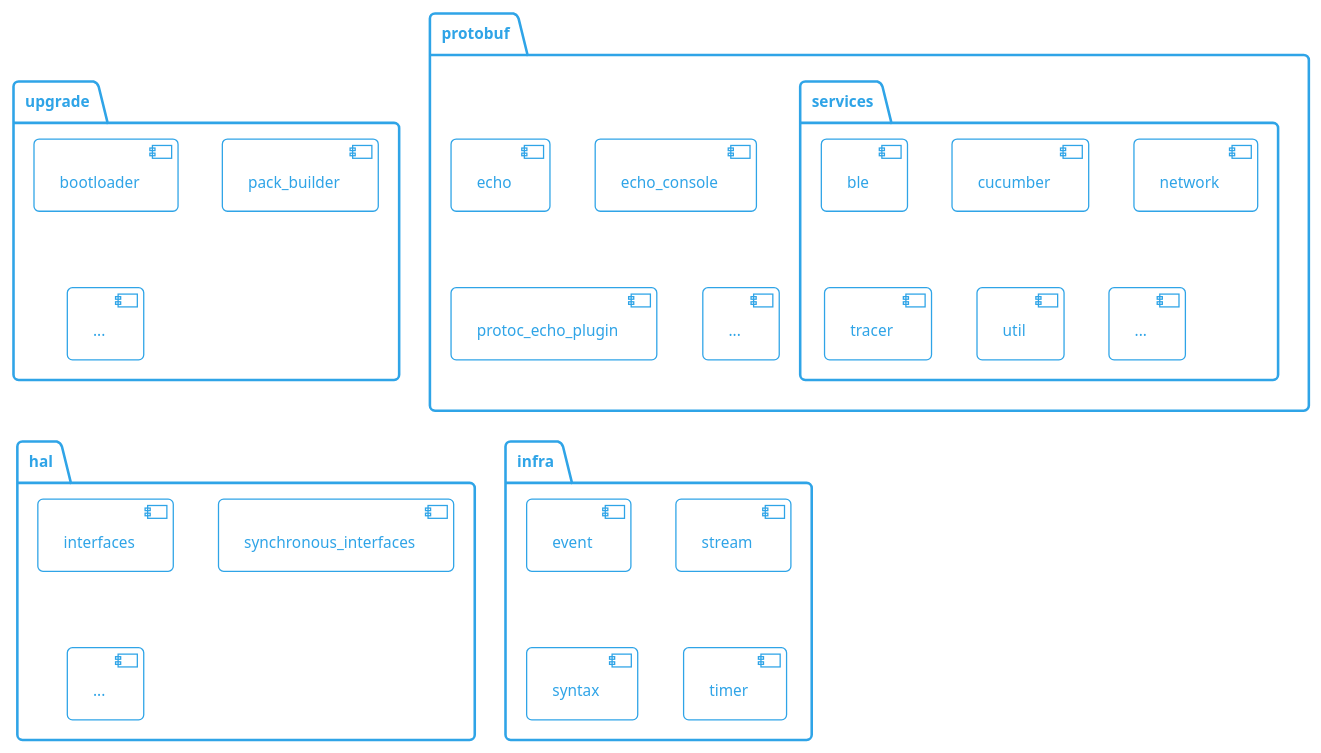
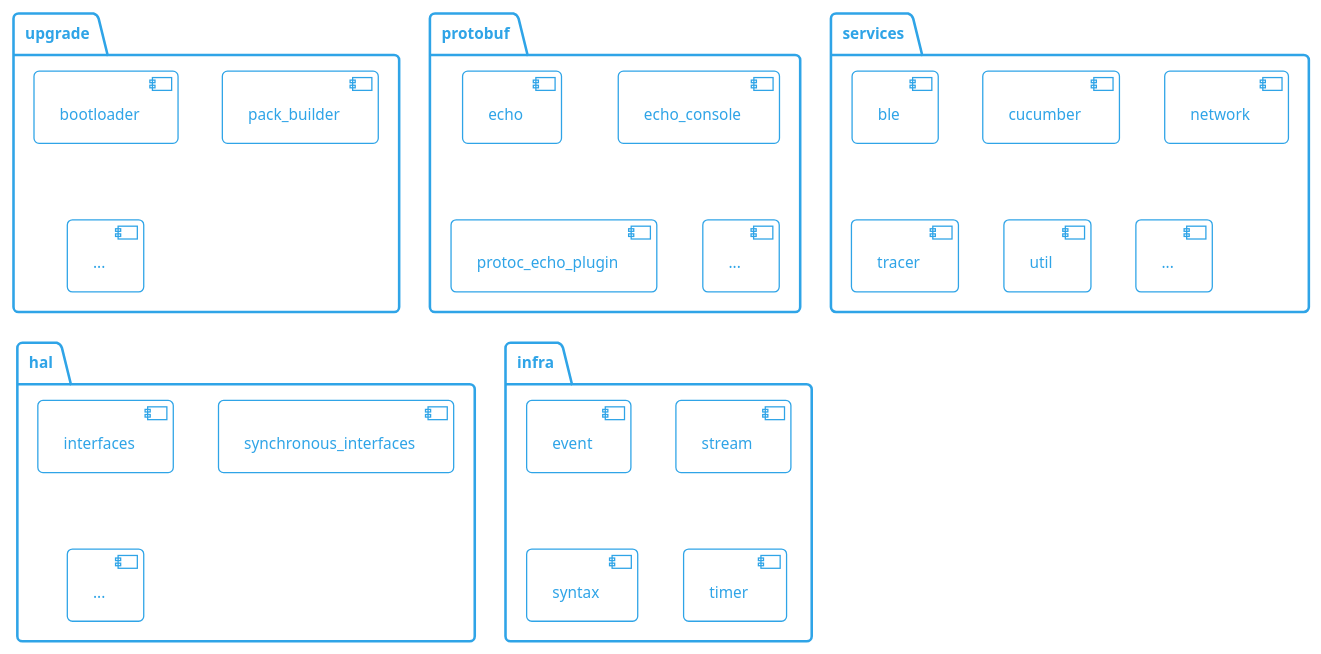
The diagram in documents/modules/ROOT/pages/index.adoc (philips-software/amp-embedded-infra-lib), drawn with PlantUML before and after one commit. The commit also changed other lines of this file and 2 other files, not shown here.

```diff
--- a/documents/modules/ROOT/pages/index.adoc
+++ b/documents/modules/ROOT/pages/index.adoc
@@ -18,51 +18,50 @@
 [plantuml]
 ----
 @startuml
 !theme cerulean-outline
 
     package upgrade {
         component bootloader
         component pack_builder
         component more_upgrade [
             ...
         ]
     }
 
     package protobuf {
         component echo
         component echo_console
         component protoc_echo_plugin
-        component services
         component more_protobuf [
             ...
         ]
     }
 
     package services {
         component ble
         component cucumber
         component network
         component tracer
         component util
         component more_services [
             ...
         ]
     }
 
     package hal {
         component interfaces
         component synchronous_interfaces
         component more_hal [
             ...
         ]
     }
 
     package infra {
         component event
         component stream
         component syntax
         component timer
         component util
     }
 @enduml
 ----
```
